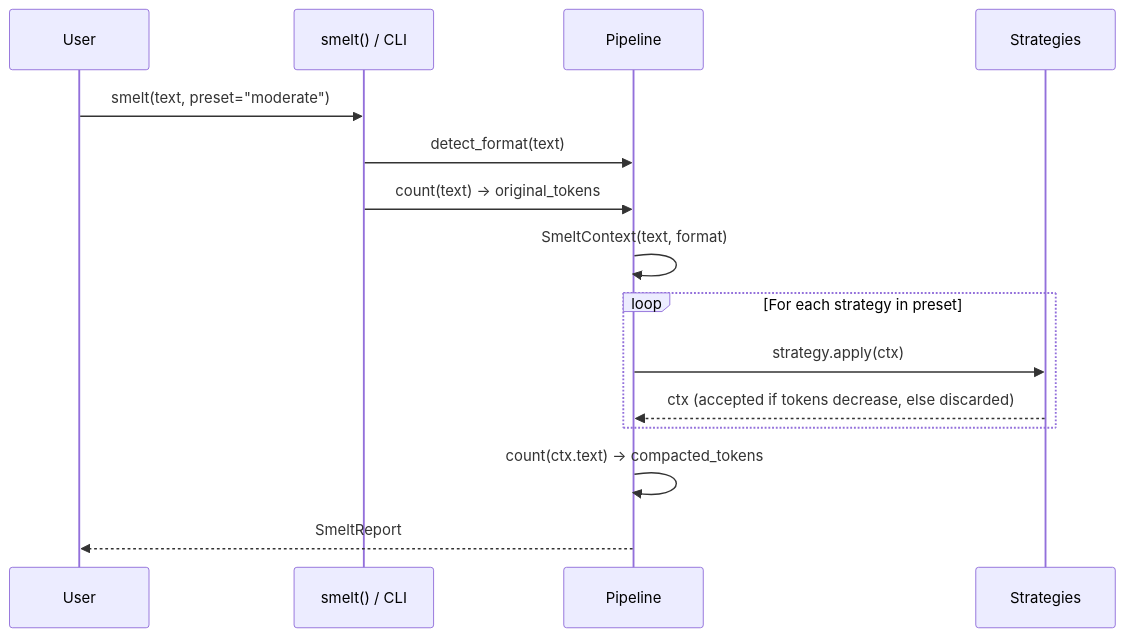
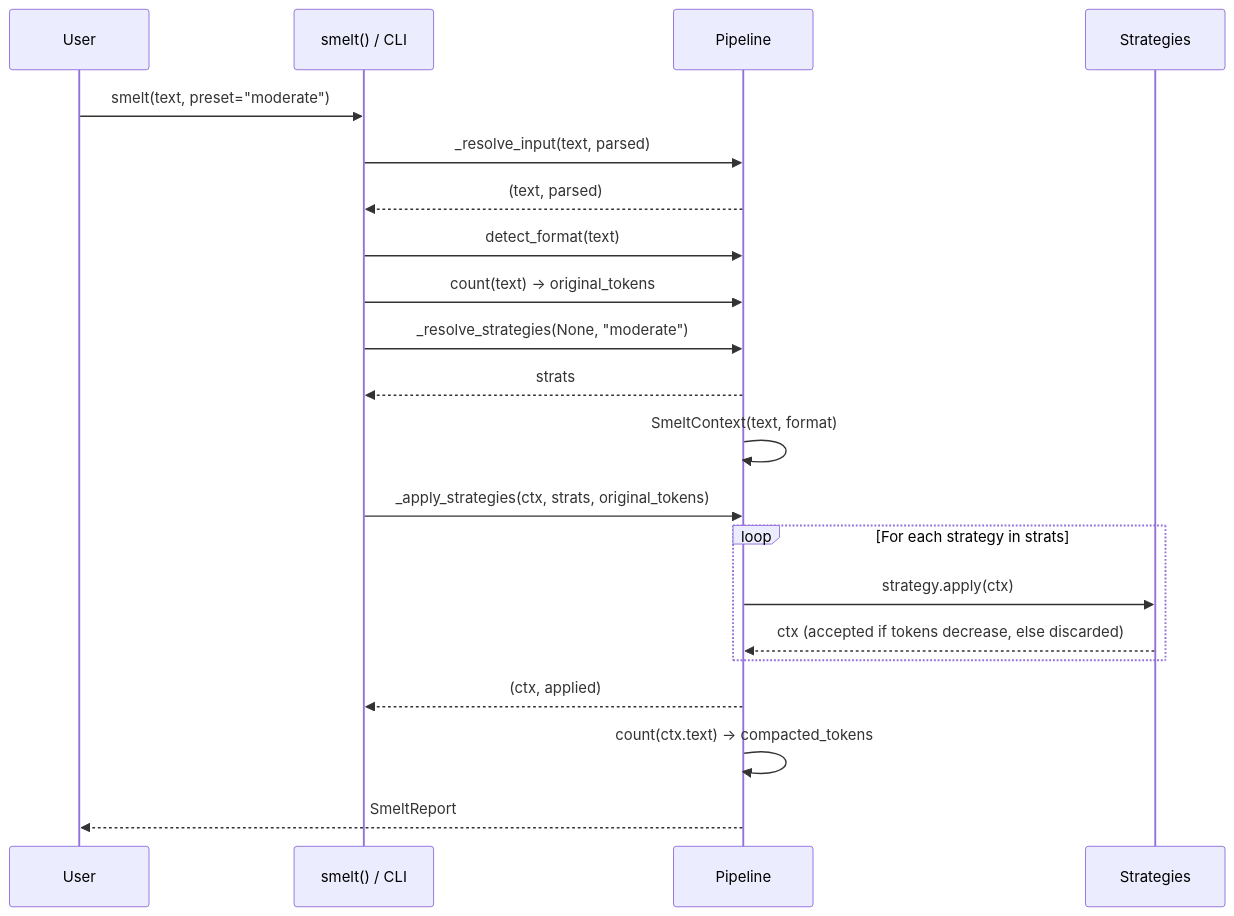
The second of 2 diagrams in packages/axm-smelt/docs/explanation/architecture.md (axm-protocols/axm-forge), drawn with Mermaid before and after one commit. The commit also changed other lines of this file and 2 other files, not shown here.

````diff
--- a/packages/axm-smelt/docs/explanation/architecture.md
+++ b/packages/axm-smelt/docs/explanation/architecture.md
@@ -80,18 +81,24 @@
 ```mermaid
 sequenceDiagram
     participant User
     participant API as smelt() / CLI
     participant Pipeline
     participant Strategies
 
     User->>API: smelt(text, preset="moderate")
+    API->>Pipeline: _resolve_input(text, parsed)
+    Pipeline-->>API: (text, parsed)
     API->>Pipeline: detect_format(text)
     API->>Pipeline: count(text) -> original_tokens
+    API->>Pipeline: _resolve_strategies(None, "moderate")
+    Pipeline-->>API: strats
     Pipeline->>Pipeline: SmeltContext(text, format)
-    loop For each strategy in preset
+    API->>Pipeline: _apply_strategies(ctx, strats, original_tokens)
+    loop For each strategy in strats
         Pipeline->>Strategies: strategy.apply(ctx)
         Strategies-->>Pipeline: ctx (accepted if tokens decrease, else discarded)
     end
+    Pipeline-->>API: (ctx, applied)
     Pipeline->>Pipeline: count(ctx.text) -> compacted_tokens
     Pipeline-->>User: SmeltReport
 ```
````
